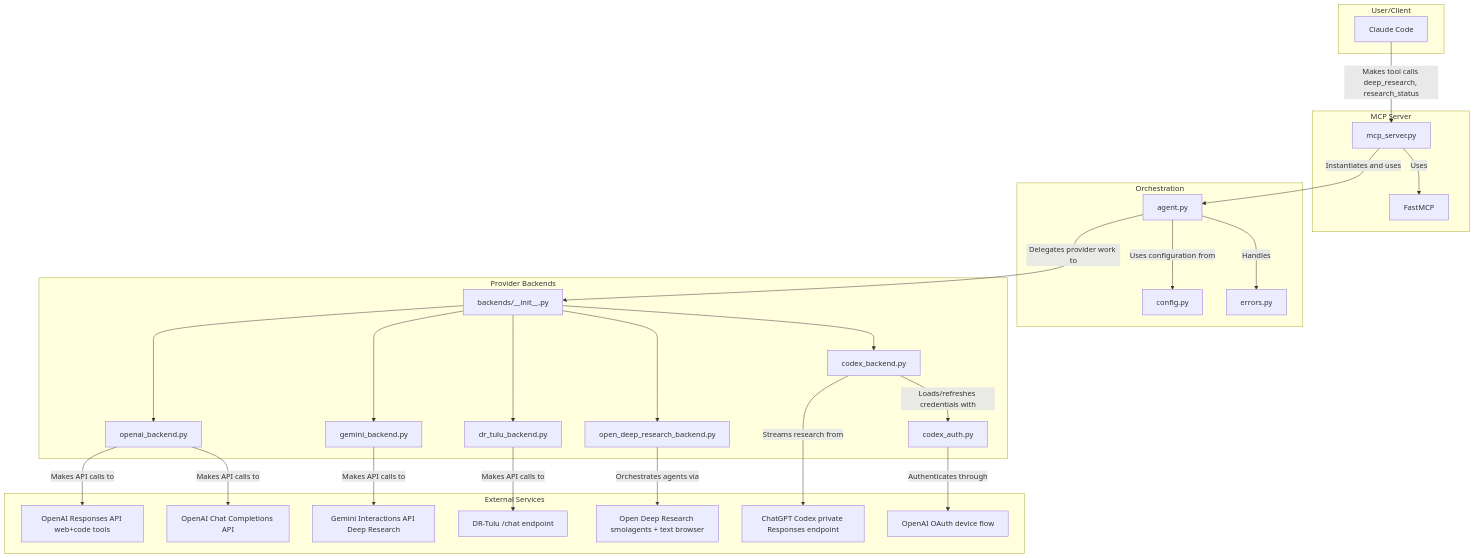
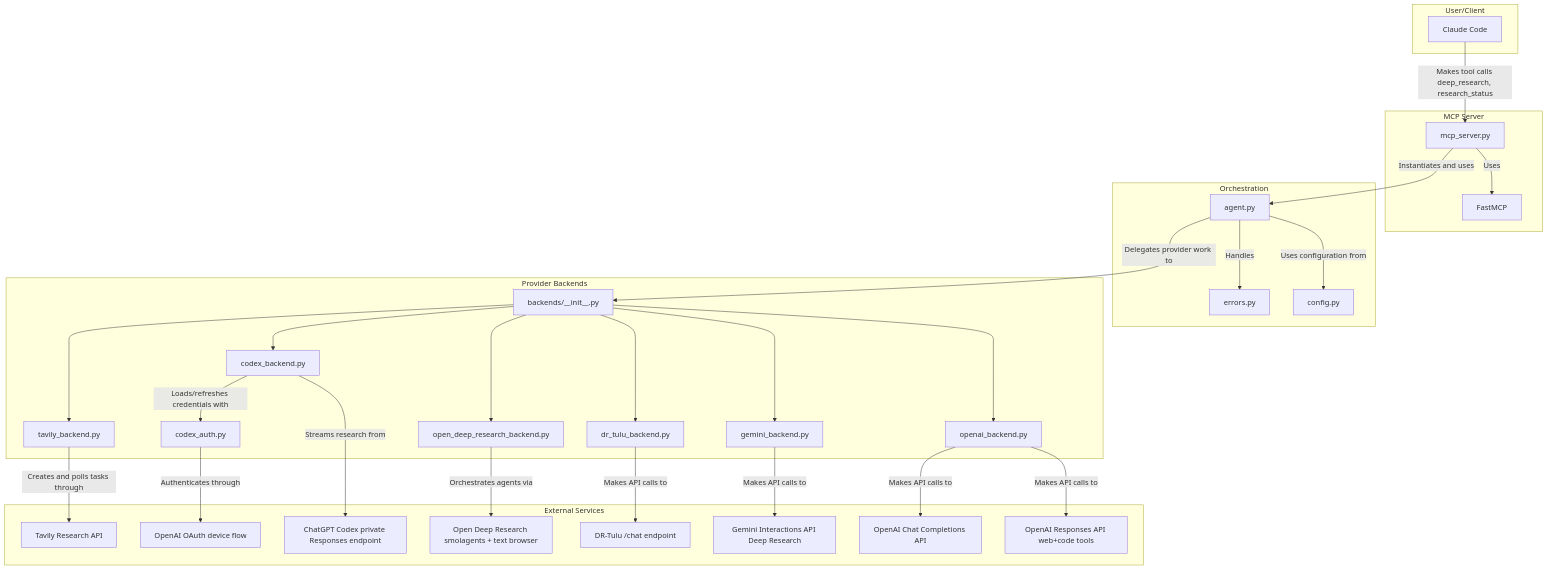
Before and after one commit to pminervini/deep-research-mcp: the diagram in ARCH.md, drawn with Mermaid. The commit also changed other lines of this file and 13 other files, not shown here.

Commit message:
feat: add Tavily Research backend

````diff
--- a/ARCH.md
+++ b/ARCH.md
@@ -17,57 +17,61 @@
 ```mermaid
 graph TD
     subgraph User/Client
         A[Claude Code]
     end
 
     subgraph MCP Server
         B[mcp_server.py]
         C[FastMCP]
     end
 
     subgraph Orchestration
         D[agent.py]
         E[config.py]
         F[errors.py]
     end
 
     subgraph Provider Backends
         P[backends/__init__.py]
         P1[openai_backend.py]
         P2[gemini_backend.py]
         P3[dr_tulu_backend.py]
         P4[open_deep_research_backend.py]
         P5[codex_backend.py]
+        P6[tavily_backend.py]
         CA[codex_auth.py]
     end
 
     subgraph External Services
         H[OpenAI Responses API web+code tools]
         H2[OpenAI Chat Completions API]
         H3[Gemini Interactions API Deep Research]
         H4[DR-Tulu /chat endpoint]
         M[Open Deep Research smolagents + text browser]
         H5[ChatGPT Codex private Responses endpoint]
+        H6[Tavily Research API]
         OA[OpenAI OAuth device flow]
     end
 
     A -- "Makes tool calls deep_research, research_status" --> B
     B -- "Uses" --> C
     B -- "Instantiates and uses" --> D
     D -- "Uses configuration from" --> E
     D -- "Handles" --> F
     D -- "Delegates provider work to" --> P
     P --> P1
     P --> P2
     P --> P3
     P --> P4
     P --> P5
+    P --> P6
     P1 -- "Makes API calls to" --> H
     P1 -- "Makes API calls to" --> H2
     P2 -- "Makes API calls to" --> H3
     P3 -- "Makes API calls to" --> H4
     P4 -- "Orchestrates agents via" --> M
     P5 -- "Streams research from" --> H5
     P5 -- "Loads/refreshes credentials with" --> CA
+    P6 -- "Creates and polls tasks through" --> H6
     CA -- "Authenticates through" --> OA
 ```
````
